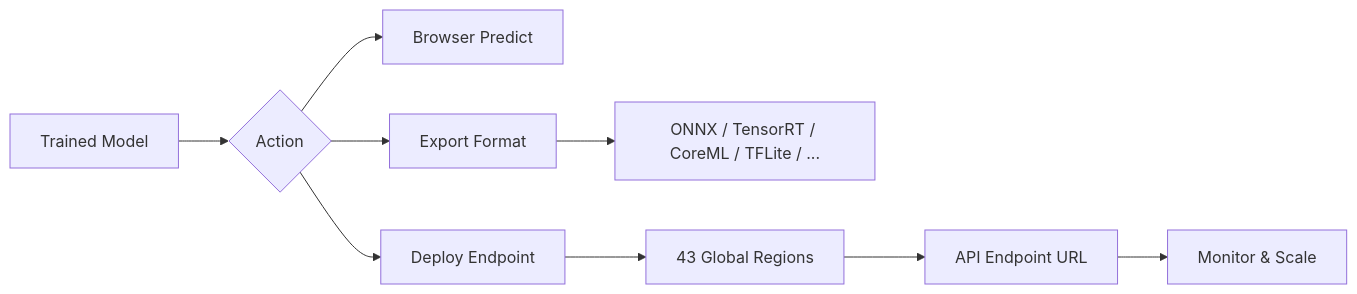
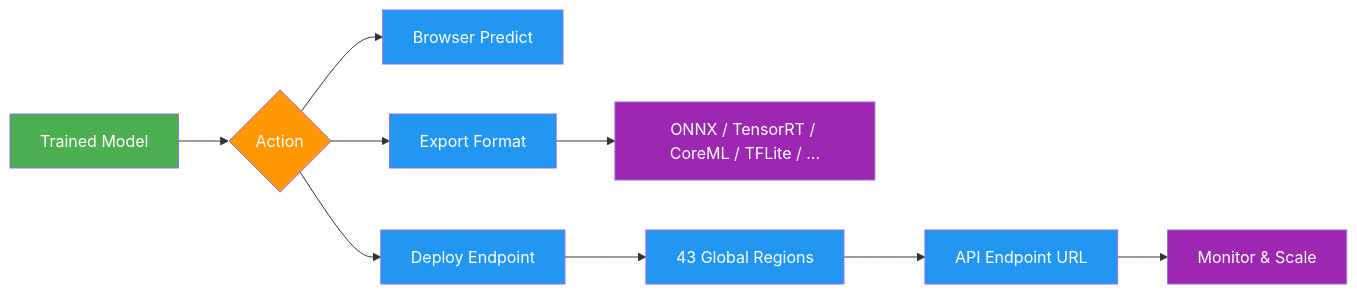
The third of 3 diagrams in docs/en/platform/index.md (Dadalia1917/Yolo-RT-DETR-TrainCode), drawn with Mermaid before and after one commit. The commit also changed other lines of this file and 767 other files, not shown here.

````diff
--- a/docs/en/platform/index.md
+++ b/docs/en/platform/index.md
@@ -183,11 +173,16 @@
 ```mermaid
 graph LR
-    A[Trained Model] --> B{Action}
-    B --> C[Browser Predict]
-    B --> D[Export Format]
-    B --> E[Deploy Endpoint]
-    D --> F[ONNX / TensorRT / CoreML / TFLite / ...]
-    E --> G[43 Global Regions]
-    G --> H[API Endpoint URL]
-    H --> I[Monitor & Scale]
+    A[Trained Model]:::start --> B{Action}:::decide
+    B --> C[Browser Predict]:::proc
+    B --> D[Export Format]:::proc
+    B --> E[Deploy Endpoint]:::proc
+    D --> F[ONNX / TensorRT / CoreML / TFLite / ...]:::out
+    E --> G[43 Global Regions]:::proc
+    G --> H[API Endpoint URL]:::proc
+    H --> I[Monitor & Scale]:::out
+
+    classDef start fill:#4CAF50,color:#fff
+    classDef proc fill:#2196F3,color:#fff
+    classDef decide fill:#FF9800,color:#fff
+    classDef out fill:#9C27B0,color:#fff
 ```
````
